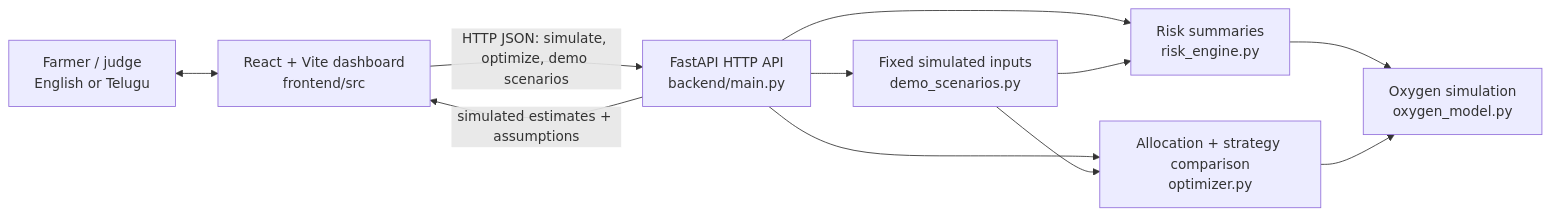
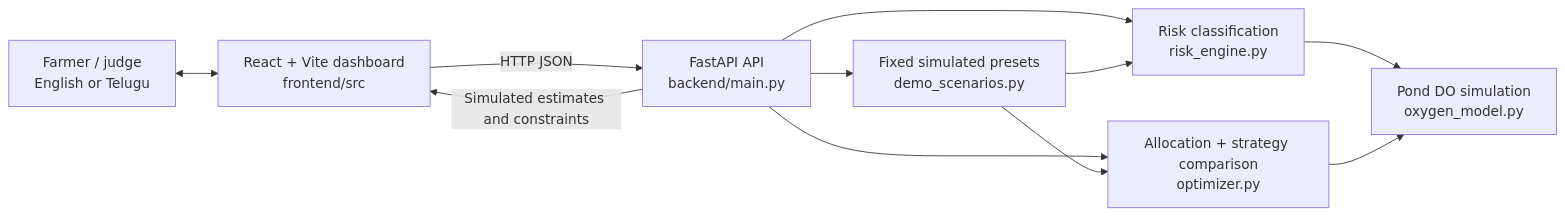
One commit to rohitbandi0311-afk/AquaResQ changed the diagram in aquaresq_starter/aquaresq/README.md. Above: the diagram before and after it, drawn with Mermaid. The commit also changed other lines of this file, not shown here.

````diff
--- a/aquaresq_starter/aquaresq/README.md
+++ b/aquaresq_starter/aquaresq/README.md
@@ -39,21 +58,21 @@
 ```mermaid
 flowchart LR
-    Farmer["Farmer / judge<br/>English or Telugu"]
+    User["Farmer / judge<br/>English or Telugu"]
     UI["React + Vite dashboard<br/>frontend/src"]
-    API["FastAPI HTTP API<br/>backend/main.py"]
-    Risk["Risk summaries<br/>risk_engine.py"]
-    Oxygen["Oxygen simulation<br/>oxygen_model.py"]
+    API["FastAPI API<br/>backend/main.py"]
+    Demo["Fixed simulated presets<br/>demo_scenarios.py"]
+    Risk["Risk classification<br/>risk_engine.py"]
     Optimizer["Allocation + strategy comparison<br/>optimizer.py"]
-    Scenarios["Fixed simulated inputs<br/>demo_scenarios.py"]
+    Oxygen["Pond DO simulation<br/>oxygen_model.py"]
 
-    Farmer <--> UI
-    UI -->|"HTTP JSON: simulate, optimize, demo scenarios"| API
+    User <--> UI
+    UI -->|"HTTP JSON"| API
+    API --> Demo
     API --> Risk
     API --> Optimizer
-    API --> Scenarios
+    Demo --> Risk
+    Demo --> Optimizer
     Risk --> Oxygen
     Optimizer --> Oxygen
-    Scenarios --> Risk
-    Scenarios --> Optimizer
-    API -->|"simulated estimates + assumptions"| UI
+    API -->|"Simulated estimates and constraints"| UI
 ```
````
